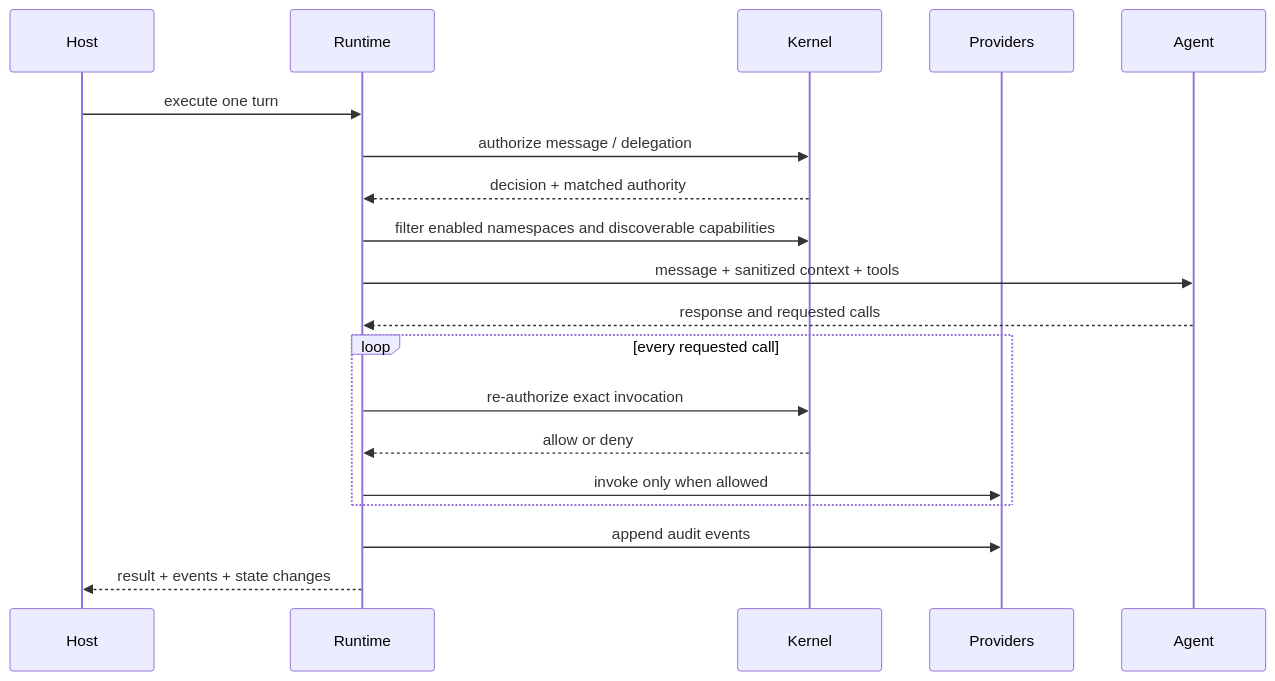
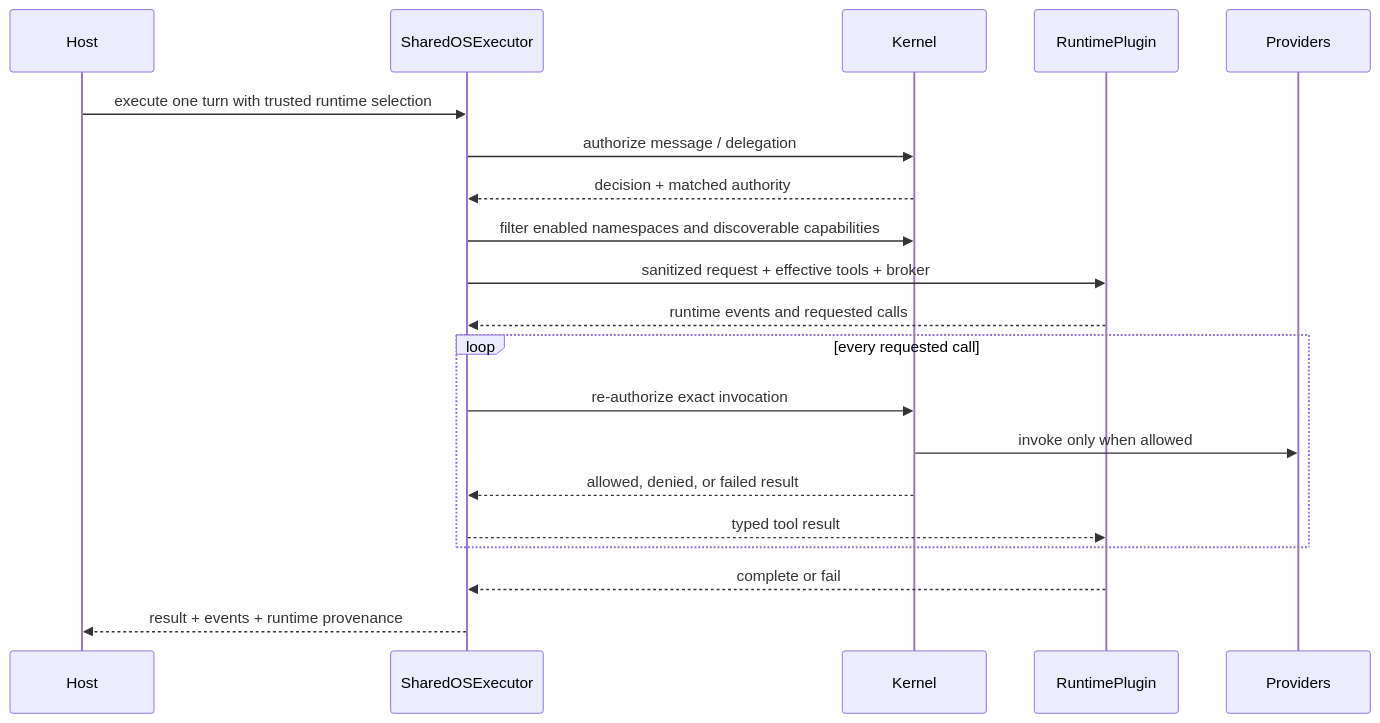
One commit to Aicoo-Team/SharedOS changed the second of 2 diagrams in docs/architecture.md. Above: the diagram before and after it, drawn with Mermaid. The commit also changed other lines of this file and 44 other files, not shown here.

Commit message:
feat(runtime): add pluggable runtime security envelope

````diff
--- a/docs/architecture.md
+++ b/docs/architecture.md
@@ -221,22 +222,23 @@
 ```mermaid
 sequenceDiagram
   participant Host
-  participant Runtime
+  participant Envelope as SharedOSExecutor
   participant Kernel
+  participant Runtime as RuntimePlugin
   participant Providers
-  participant Agent
 
-  Host->>Runtime: execute one turn
-  Runtime->>Kernel: authorize message / delegation
-  Kernel-->>Runtime: decision + matched authority
-  Runtime->>Kernel: filter enabled namespaces and discoverable capabilities
-  Runtime->>Agent: message + sanitized context + tools
-  Agent-->>Runtime: response and requested calls
+  Host->>Envelope: execute one turn with trusted runtime selection
+  Envelope->>Kernel: authorize message / delegation
+  Kernel-->>Envelope: decision + matched authority
+  Envelope->>Kernel: filter enabled namespaces and discoverable capabilities
+  Envelope->>Runtime: sanitized request + effective tools + broker
+  Runtime-->>Envelope: runtime events and requested calls
   loop every requested call
-    Runtime->>Kernel: re-authorize exact invocation
-    Kernel-->>Runtime: allow or deny
-    Runtime->>Providers: invoke only when allowed
+    Envelope->>Kernel: re-authorize exact invocation
+    Kernel->>Providers: invoke only when allowed
+    Kernel-->>Envelope: allowed, denied, or failed result
+    Envelope-->>Runtime: typed tool result
   end
-  Runtime->>Providers: append audit events
-  Runtime-->>Host: result + events + state changes
+  Runtime-->>Envelope: complete or fail
+  Envelope-->>Host: result + events + runtime provenance
 ```
````
